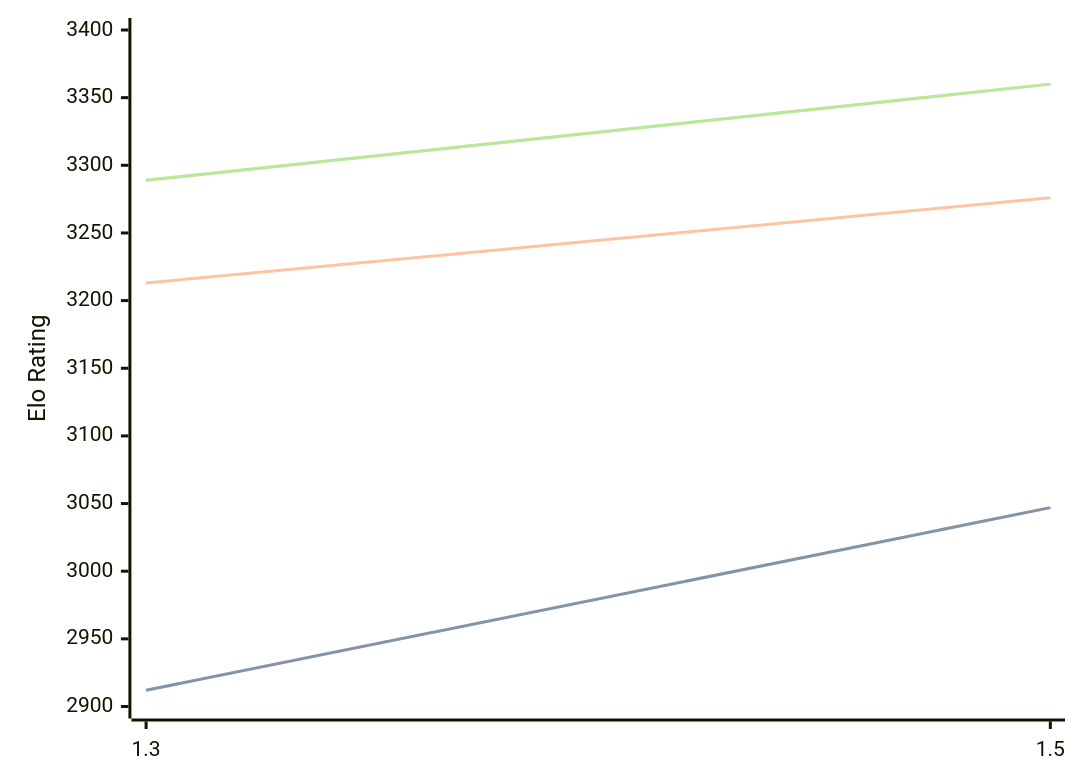
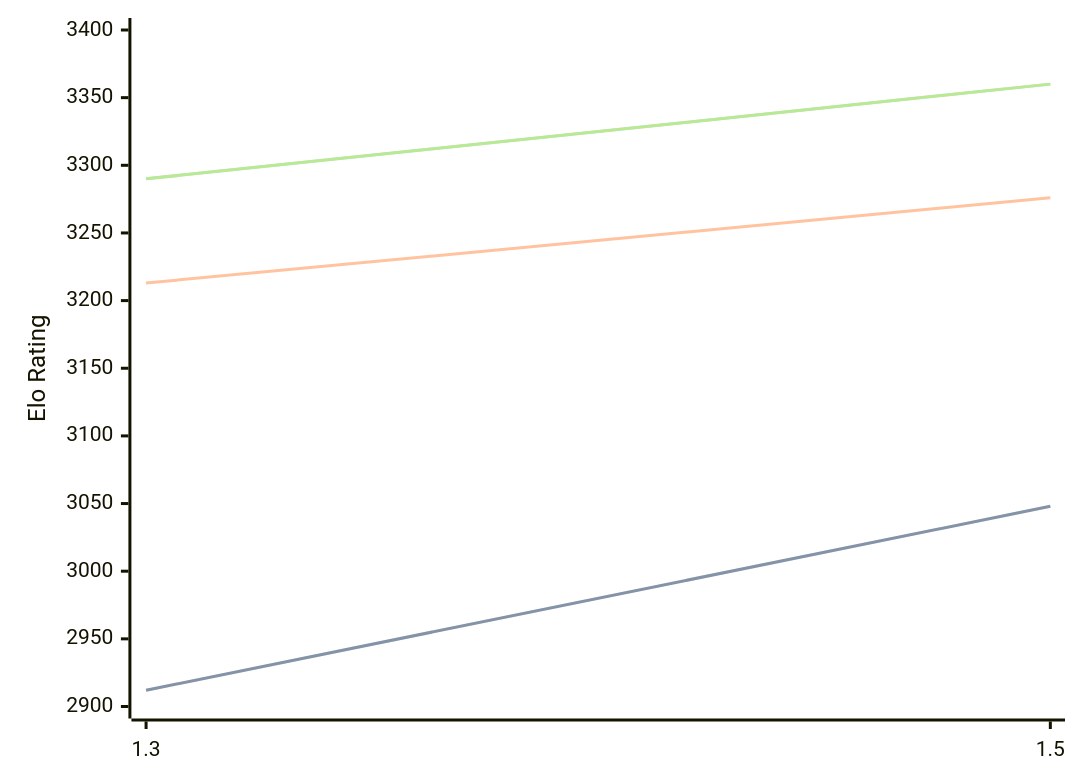
One commit to computer-chess-index/cci changed the diagram in engines/Lambergar.md. Above: the diagram before and after it, drawn with Mermaid. The commit also changed other lines of this file, not shown here.

Commit message:
Update CCI Ratings (ELO VLTC) - 2026-09-09

````diff
--- a/engines/Lambergar.md
+++ b/engines/Lambergar.md
@@ -32,11 +32,11 @@
 ```mermaid
 %%{init: {"theme":"base","themeVariables":{"seriesColors:['#a3a3a3','#222221','#faa371']}}}%%
 xychart-beta
   x-axis ["1.3", "1.5"]
   y-axis "Elo Rating" 2900 --> 3400
-  line "" [2912, 3047]
-  line "STC (8.0+0.08s)" [2912, 3047]
+  line "" [2912, 3048]
+  line "STC (8.0+0.08s)" [2912, 3048]
   line "LTC (60.0+0.60s)" [3213, 3276]
-  line "" [3289, 3360]
-  line "VLTC (2m24s+1.12s)" [3289, 3360]
+  line "" [3290, 3360]
+  line "VLTC (2m24s+1.12s)" [3290, 3360]
 ```
````
